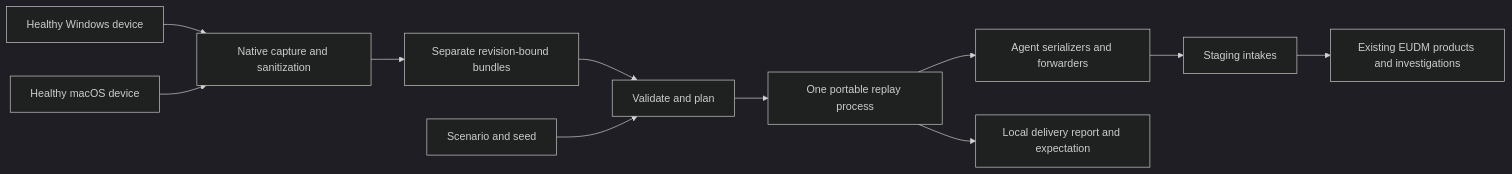
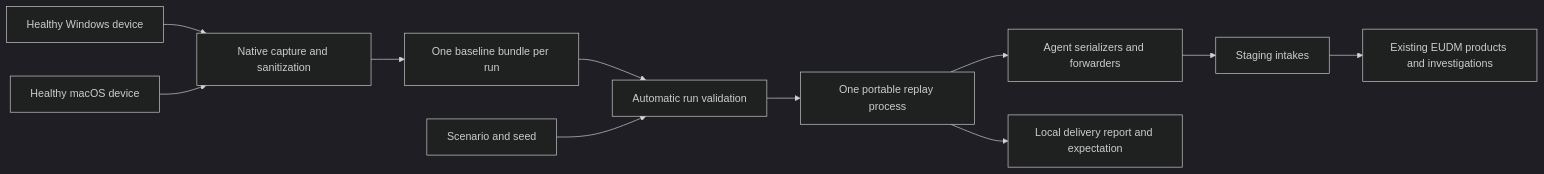
One commit to DataDog/datadog-agent changed the diagram in doc/reference/eudm-simulator/index.md. Above: the diagram before and after it, drawn with Mermaid (dark theme). The commit also changed other lines of this file and 19 other files, not shown here.

````diff
--- a/doc/reference/eudm-simulator/index.md
+++ b/doc/reference/eudm-simulator/index.md
@@ -27,13 +27,13 @@
 ```mermaid
 flowchart LR
     W[Healthy Windows device] --> C[Native capture and sanitization]
     M[Healthy macOS device] --> C
-    C --> B[Separate revision-bound bundles]
-    B --> V[Validate and plan]
+    C --> B[One baseline bundle per run]
+    B --> V[Automatic run validation]
     S[Scenario and seed] --> V
     V --> R[One portable replay process]
     R --> A[Agent serializers and forwarders]
     A --> I[Staging intakes]
     I --> P[Existing EUDM products and investigations]
     R --> L[Local delivery report and expectation]
 ```
````
